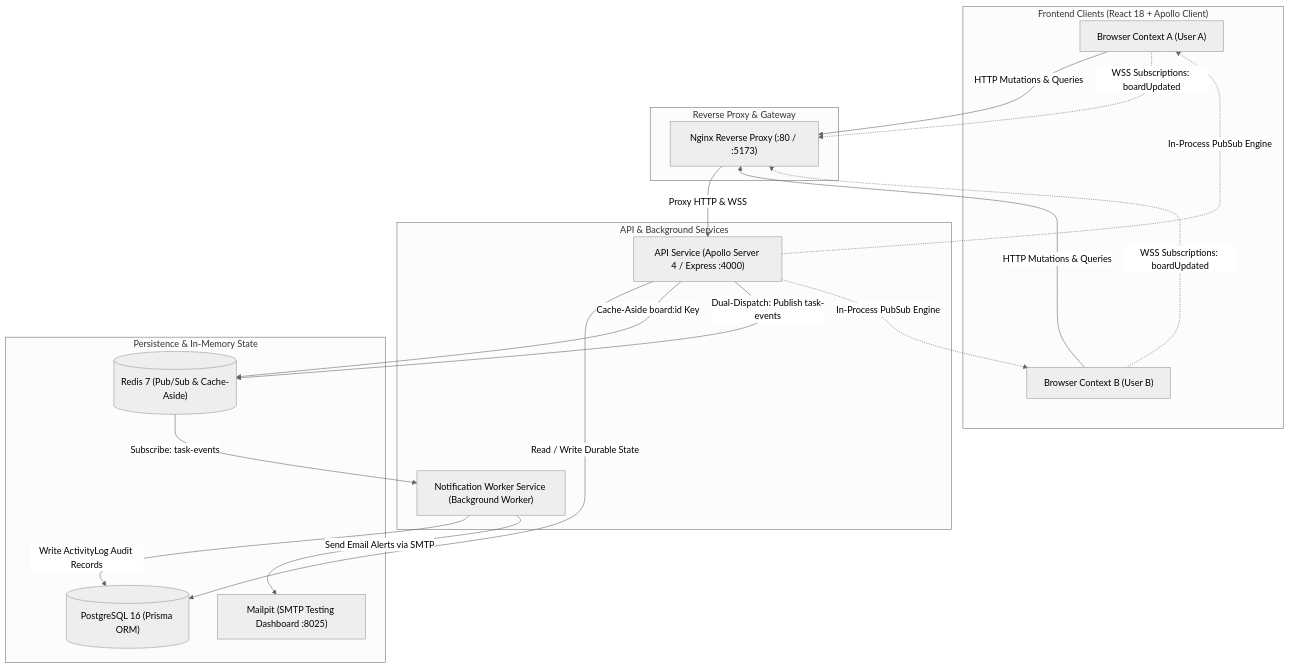
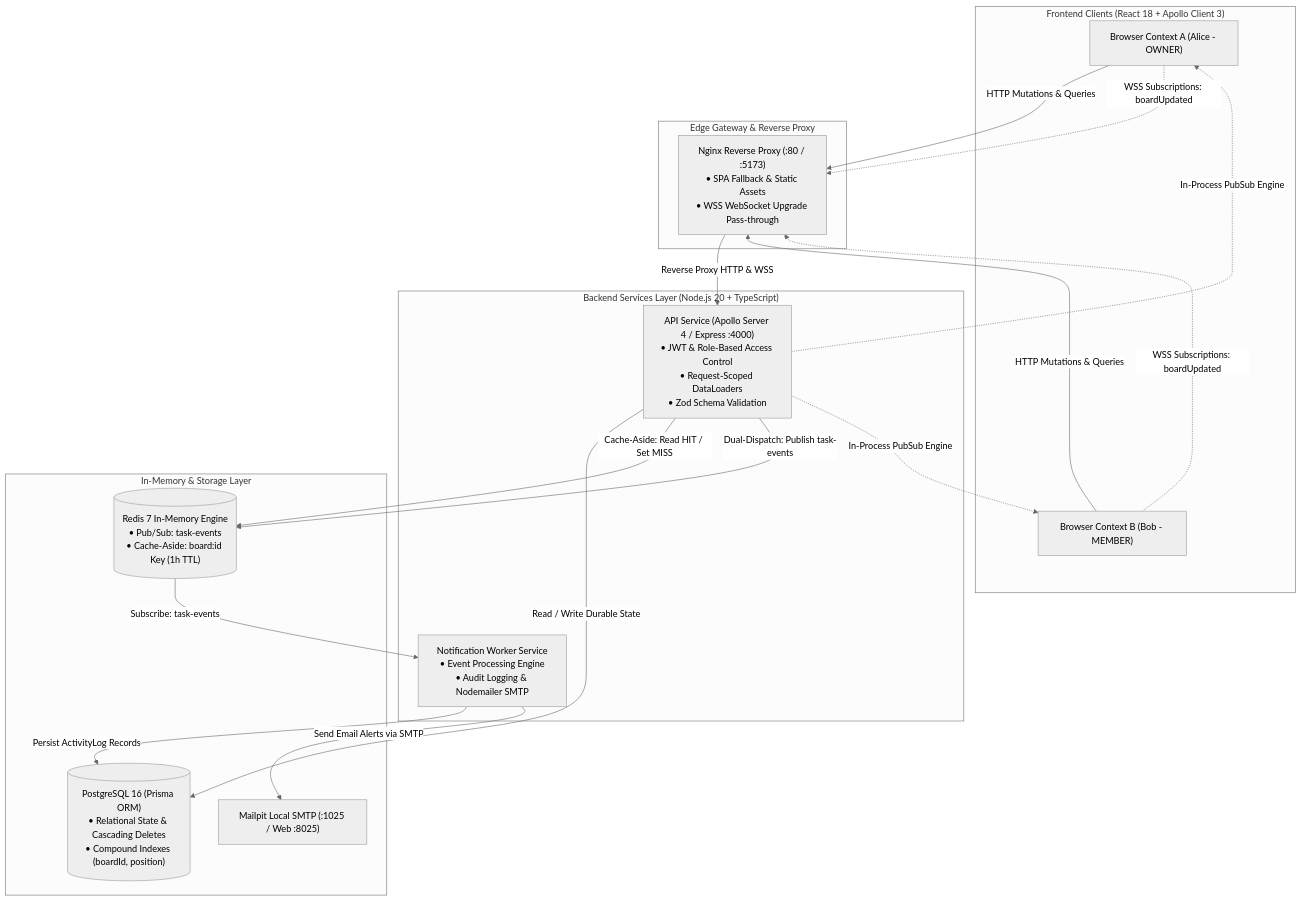
Before and after one commit to Rohith-H-05/TaskSync: the diagram in README.md, drawn with Mermaid (neutral theme). The commit also changed other lines of this file and 9 other files, not shown here.

````diff
--- a/README.md
+++ b/README.md
@@ -9,39 +26,39 @@
 ```mermaid
 flowchart TD
-    subgraph Clients["Frontend Clients (React 18 + Apollo Client)"]
-        BrowserA["Browser Context A (User A)"]
-        BrowserB["Browser Context B (User B)"]
+    subgraph Clients["Frontend Clients (React 18 + Apollo Client 3)"]
+        BrowserA["Browser Context A (Alice - OWNER)"]
+        BrowserB["Browser Context B (Bob - MEMBER)"]
     end
 
-    subgraph Edge["Reverse Proxy & Gateway"]
-        Nginx["Nginx Reverse Proxy (:80 / :5173)"]
+    subgraph Gateway["Edge Gateway & Reverse Proxy"]
+        Nginx["Nginx Reverse Proxy (:80 / :5173)\n• SPA Fallback & Static Assets\n• WSS WebSocket Upgrade Pass-through"]
     end
 
-    subgraph Backend["API & Background Services"]
-        API["API Service (Apollo Server 4 / Express :4000)"]
-        Worker["Notification Worker Service (Background Worker)"]
+    subgraph BackendServices["Backend Services Layer (Node.js 20 + TypeScript)"]
+        API["API Service (Apollo Server 4 / Express :4000)\n• JWT & Role-Based Access Control\n• Request-Scoped DataLoaders\n• Zod Schema Validation"]
+        Worker["Notification Worker Service\n• Event Processing Engine\n• Audit Logging & Nodemailer SMTP"]
     end
 
-    subgraph Data["Persistence & In-Memory State"]
-        Postgres[("PostgreSQL 16 (Prisma ORM)")]
-        Redis[("Redis 7 (Pub/Sub & Cache-Aside)")]
-        Mailpit["Mailpit (SMTP Testing Dashboard :8025)"]
+    subgraph Persistence["In-Memory & Storage Layer"]
+        Postgres[("PostgreSQL 16 (Prisma ORM)\n• Relational State & Cascading Deletes\n• Compound Indexes (boardId, position)")]
+        Redis[("Redis 7 In-Memory Engine\n• Pub/Sub: task-events\n• Cache-Aside: board:id Key (1h TTL)")]
+        Mailpit["Mailpit Local SMTP (:1025 / Web :8025)"]
     end
 
     BrowserA -->|HTTP Mutations & Queries| Nginx
     BrowserB -->|HTTP Mutations & Queries| Nginx
     BrowserA -.->|WSS Subscriptions: boardUpdated| Nginx
     BrowserB -.->|WSS Subscriptions: boardUpdated| Nginx
 
-    Nginx -->|Proxy HTTP & WSS| API
+    Nginx -->|Reverse Proxy HTTP & WSS| API
 
     API -->|Read / Write Durable State| Postgres
-    API -->|Cache-Aside board:id Key| Redis
+    API -->|Cache-Aside: Read HIT / Set MISS| Redis
     API -->|Dual-Dispatch: Publish task-events| Redis
     API -.->|In-Process PubSub Engine| BrowserA
     API -.->|In-Process PubSub Engine| BrowserB
 
     Redis -->|Subscribe: task-events| Worker
-    Worker -->|Write ActivityLog Audit Records| Postgres
+    Worker -->|Persist ActivityLog Records| Postgres
     Worker -->|Send Email Alerts via SMTP| Mailpit
 ```
````
